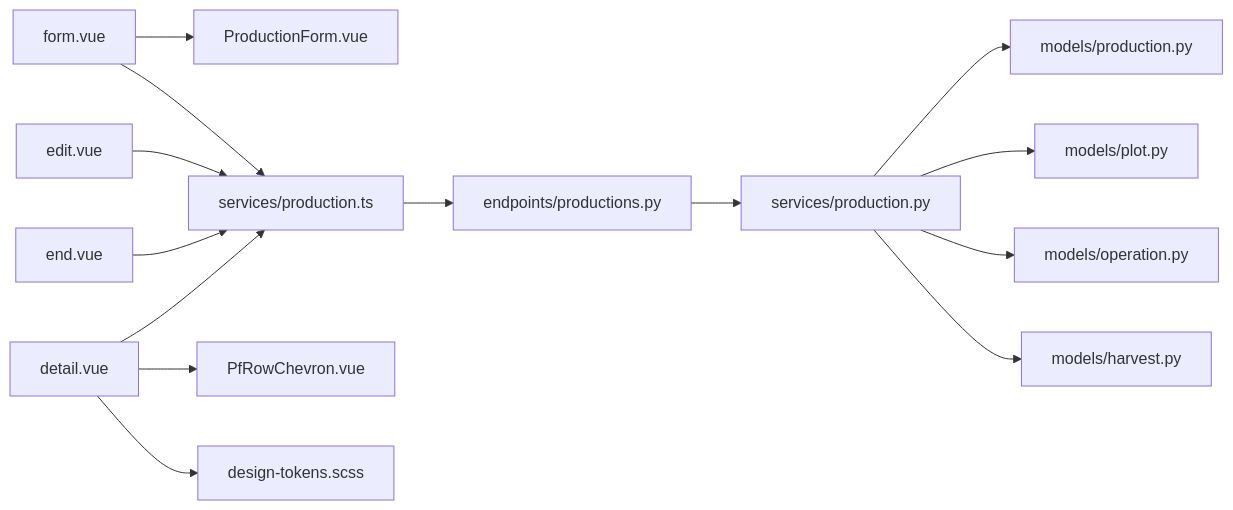
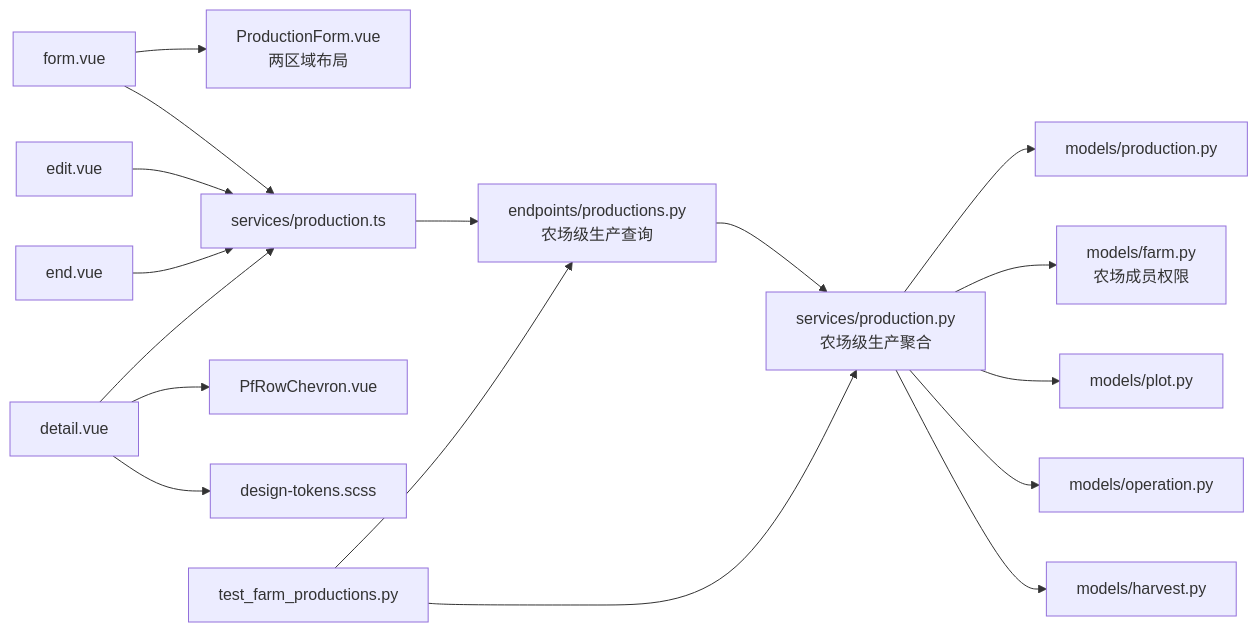
One commit to wungjyan/pocket-farm changed the eighth of 8 diagrams in .qoder/repowiki/zh/content/前端应用/生产跟踪模块.md. Above: the diagram before and after it, drawn with Mermaid. The commit also changed other lines of this file and 198 other files, not shown here.

````diff
--- a/.qoder/repowiki/zh/content/前端应用/生产跟踪模块.md
+++ b/.qoder/repowiki/zh/content/前端应用/生产跟踪模块.md
@@ -371,16 +439,19 @@
 ```mermaid
 graph LR
-PF["form.vue"] --> CF["ProductionForm.vue"]
+PF["form.vue"] --> CF["ProductionForm.vue<br/>两区域布局"]
 PF --> SP["services/production.ts"]
 DET["detail.vue"] --> SP
 DET --> PC["PfRowChevron.vue"]
 DET --> ST["design-tokens.scss"]
 EDI["edit.vue"] --> SP
 END["end.vue"] --> SP
-SP --> EP["endpoints/productions.py"]
-EP --> SVC["services/production.py"]
+SP --> EP["endpoints/productions.py<br/>农场级生产查询"]
+EP --> SVC["services/production.py<br/>农场级生产聚合"]
 SVC --> MOD_P["models/production.py"]
+SVC --> MOD_F["models/farm.py<br/>农场成员权限"]
 SVC --> MOD_PL["models/plot.py"]
 SVC --> MOD_OP["models/operation.py"]
 SVC --> MOD_HV["models/harvest.py"]
+TESTS["test_farm_productions.py"] --> EP
+TESTS --> SVC
 ```
````
